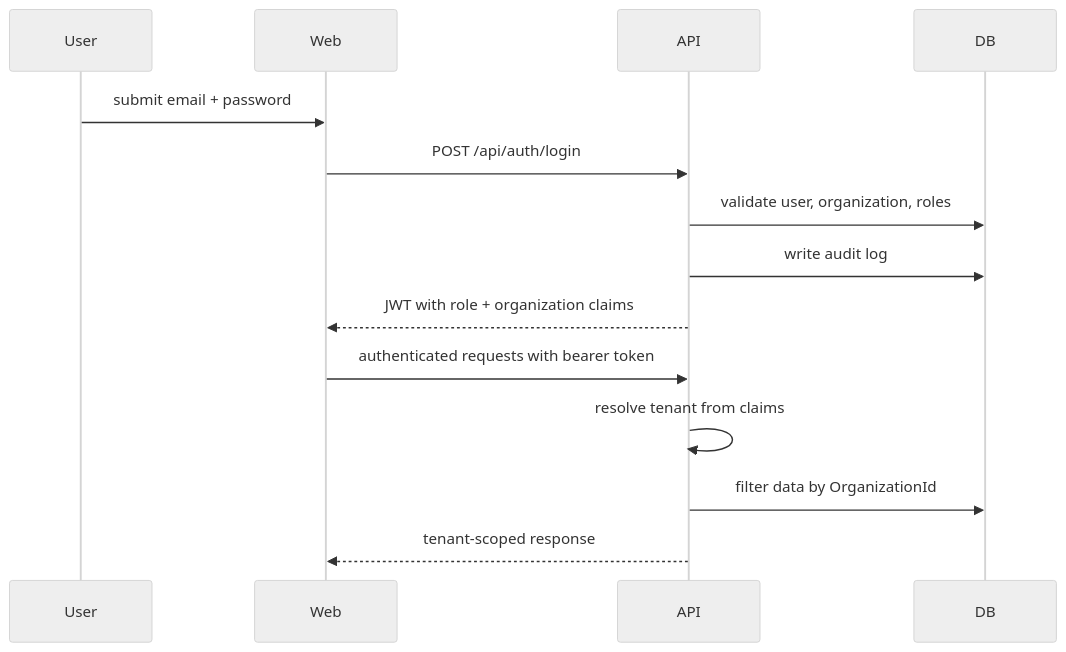
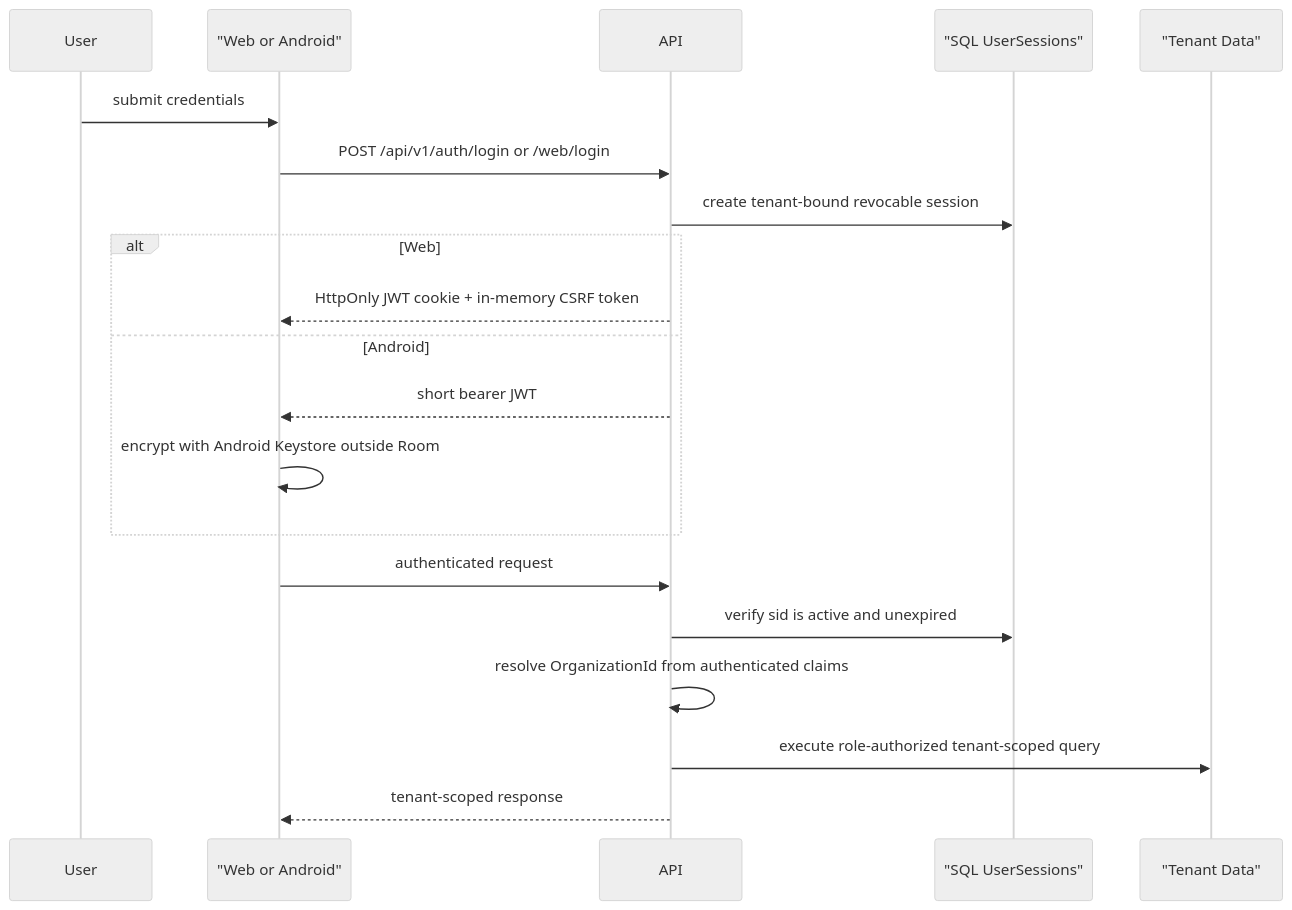
Diagram 11 of 12 in README.md (VirgileDjimgou/Orkystra), drawn with Mermaid (neutral theme) before and after one commit. The commit also changed other lines of this file and 52 other files, not shown here.

Commit message:
chore(checkpoint): close sprint 12 with revocable sessions protected clients and quarantined uploads

````diff
--- a/README.md
+++ b/README.md
@@ -429,17 +439,23 @@
 ```mermaid
 sequenceDiagram
     participant User
-    participant Web
+    participant Client as "Web or Android"
     participant API
-    participant DB
+    participant SessionDB as "SQL UserSessions"
+    participant TenantDB as "Tenant Data"
 
-    User->>Web: submit email + password
-    Web->>API: POST /api/auth/login
-    API->>DB: validate user, organization, roles
-    API->>DB: write audit log
-    API-->>Web: JWT with role + organization claims
-    Web->>API: authenticated requests with bearer token
-    API->>API: resolve tenant from claims
-    API->>DB: filter data by OrganizationId
-    API-->>Web: tenant-scoped response
+    User->>Client: submit credentials
+    Client->>API: POST /api/v1/auth/login or /web/login
+    API->>SessionDB: create tenant-bound revocable session
+    alt Web
+        API-->>Client: HttpOnly JWT cookie + in-memory CSRF token
+    else Android
+        API-->>Client: short bearer JWT
+        Client->>Client: encrypt with Android Keystore outside Room
+    end
+    Client->>API: authenticated request
+    API->>SessionDB: verify sid is active and unexpired
+    API->>API: resolve OrganizationId from authenticated claims
+    API->>TenantDB: execute role-authorized tenant-scoped query
+    API-->>Client: tenant-scoped response
 ```
````
